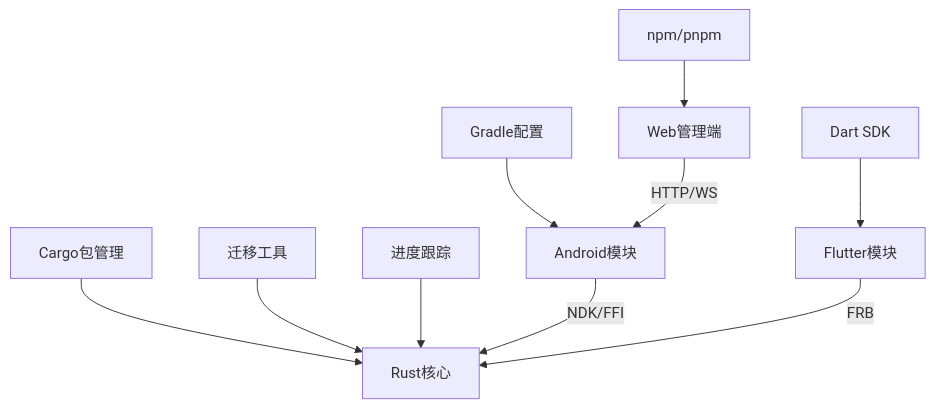
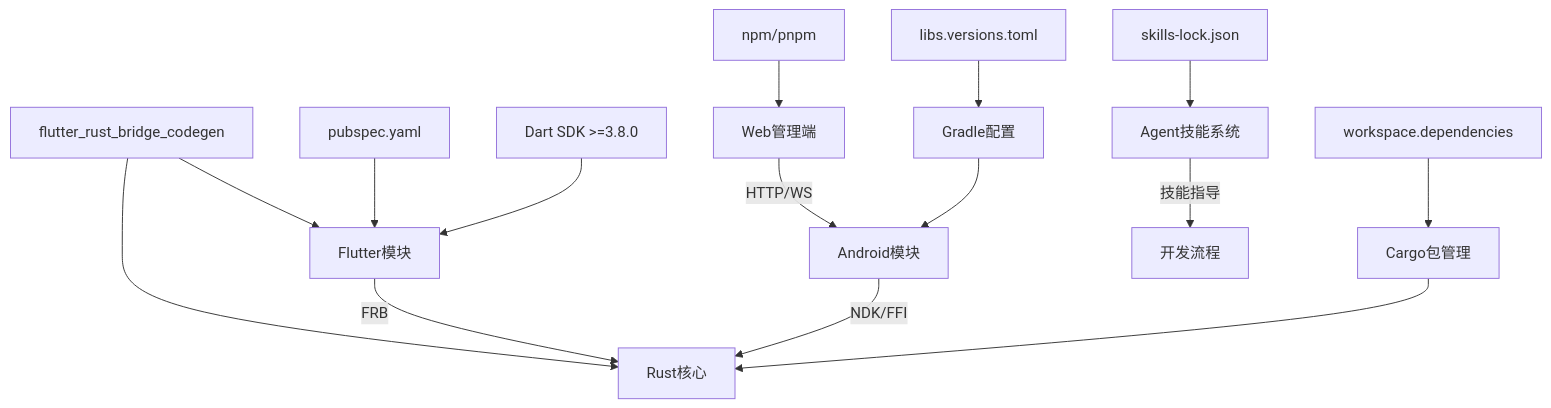
One commit to ZhangGHGitHub/LegadoTeamFlutter changed the seventh of 13 diagrams in .qoder/repowiki/zh/content/开发指南/开发指南.md. Above: the diagram before and after it, drawn with Mermaid. The commit also changed other lines of this file and 173 other files, not shown here.

````diff
--- a/.qoder/repowiki/zh/content/开发指南/开发指南.md
+++ b/.qoder/repowiki/zh/content/开发指南/开发指南.md
@@ -309,12 +395,17 @@
 ```mermaid
 graph TB
 Gradle["Gradle配置"] --> Android["Android模块"]
-DartSDK["Dart SDK"] --> Flutter["Flutter模块"]
+LibsVersions["libs.versions.toml"] --> Gradle
+DartSDK["Dart SDK >=3.8.0"] --> Flutter["Flutter模块"]
+Pubspec["pubspec.yaml"] --> Flutter
 Cargo["Cargo包管理"] --> Rust["Rust核心"]
+WorkspaceDeps["workspace.dependencies"] --> Cargo
 NPM["npm/pnpm"] --> Web["Web管理端"]
-MigrationTools["迁移工具"] --> Rust
-ProgressTracker["进度跟踪"] --> Rust
+SkillsLock["skills-lock.json"] --> AgentSkills["Agent技能系统"]
 Android --> |NDK/FFI| Rust
 Flutter --> |FRB| Rust
 Web --> |HTTP/WS| Android
+AgentSkills --> |技能指导| Development["开发流程"]
+FRB_Codegen["flutter_rust_bridge_codegen"] --> Flutter
+FRB_Codegen --> Rust
 ```
````
